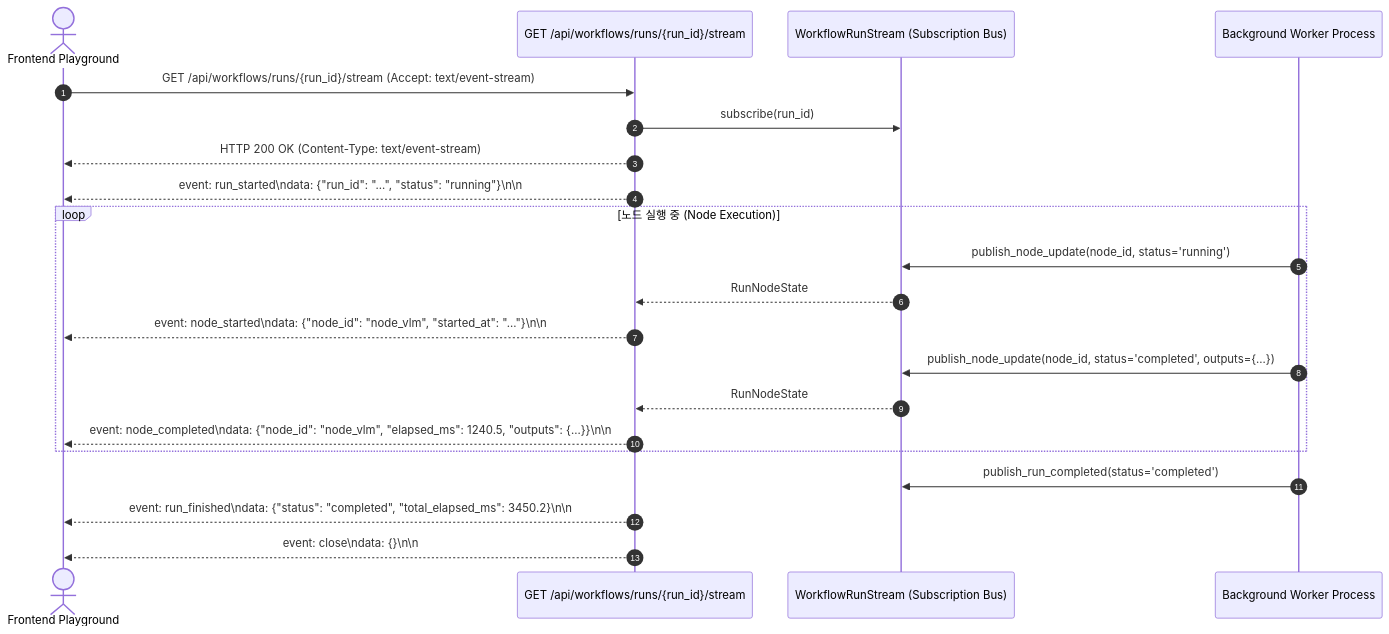
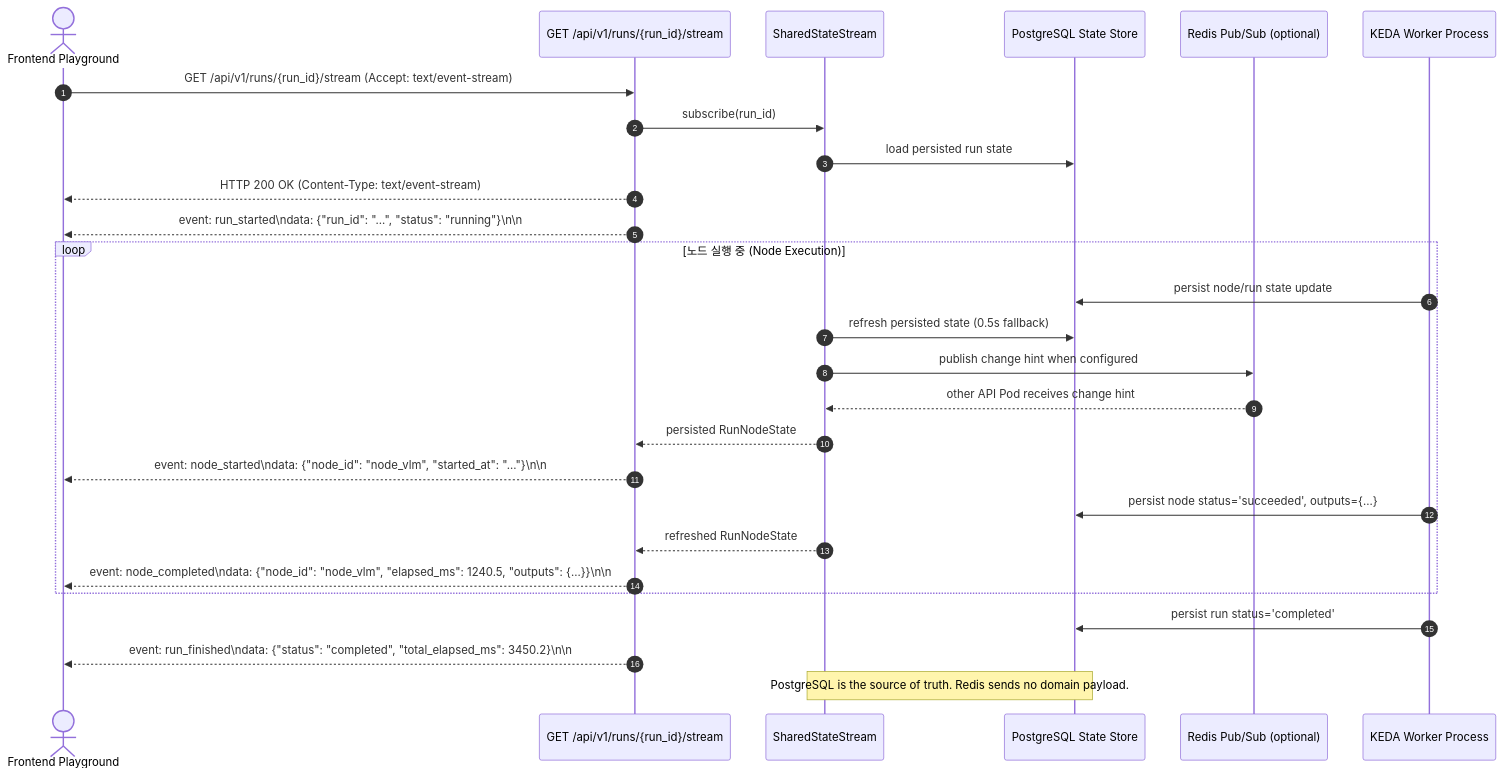
Before and after one commit to bist-mini-final/bist-mini-final: the diagram in docs/blueprints/05_interface_blueprints/BP-502_sse_streaming_protocol.md, drawn with Mermaid. The commit also changed other lines of this file and 138 other files, not shown here.

````diff
--- a/docs/blueprints/05_interface_blueprints/BP-502_sse_streaming_protocol.md
+++ b/docs/blueprints/05_interface_blueprints/BP-502_sse_streaming_protocol.md
@@ -11,28 +11,34 @@
 ```mermaid
 sequenceDiagram
     autonumber
     actor Browser as Frontend Playground
-    participant FastAPISSE as GET /api/workflows/runs/{run_id}/stream
-    participant StreamPub as WorkflowRunStream (Subscription Bus)
-    participant Worker as Background Worker Process
+    participant FastAPISSE as GET /api/v1/runs/{run_id}/stream
+    participant StreamPub as SharedStateStream
+    participant Store as PostgreSQL State Store
+    participant Redis as Redis Pub/Sub (optional)
+    participant Worker as KEDA Worker Process
 
-    Browser->>FastAPISSE: GET /api/workflows/runs/{run_id}/stream (Accept: text/event-stream)
+    Browser->>FastAPISSE: GET /api/v1/runs/{run_id}/stream (Accept: text/event-stream)
     FastAPISSE->>StreamPub: subscribe(run_id)
+    StreamPub->>Store: load persisted run state
     FastAPISSE-->>Browser: HTTP 200 OK (Content-Type: text/event-stream)
     
     FastAPISSE-->>Browser: event: run_started\ndata: {"run_id": "...", "status": "running"}\n\n
     
     loop 노드 실행 중 (Node Execution)
-        Worker->>StreamPub: publish_node_update(node_id, status='running')
-        StreamPub-->>FastAPISSE: RunNodeState
+        Worker->>Store: persist node/run state update
+        StreamPub->>Store: refresh persisted state (0.5s fallback)
+        StreamPub->>Redis: publish change hint when configured
+        Redis-->>StreamPub: other API Pod receives change hint
+        StreamPub-->>FastAPISSE: persisted RunNodeState
         FastAPISSE-->>Browser: event: node_started\ndata: {"node_id": "node_vlm", "started_at": "..."}\n\n
         
-        Worker->>StreamPub: publish_node_update(node_id, status='completed', outputs={...})
-        StreamPub-->>FastAPISSE: RunNodeState
+        Worker->>Store: persist node status='succeeded', outputs={...}
+        StreamPub-->>FastAPISSE: refreshed RunNodeState
         FastAPISSE-->>Browser: event: node_completed\ndata: {"node_id": "node_vlm", "elapsed_ms": 1240.5, "outputs": {...}}\n\n
     end
 
-    Worker->>StreamPub: publish_run_completed(status='completed')
+    Worker->>Store: persist run status='completed'
     FastAPISSE-->>Browser: event: run_finished\ndata: {"status": "completed", "total_elapsed_ms": 3450.2}\n\n
-    FastAPISSE-->>Browser: event: close\ndata: {}\n\n
+    Note over StreamPub,Store: PostgreSQL is the source of truth. Redis sends no domain payload.
 ```
````
